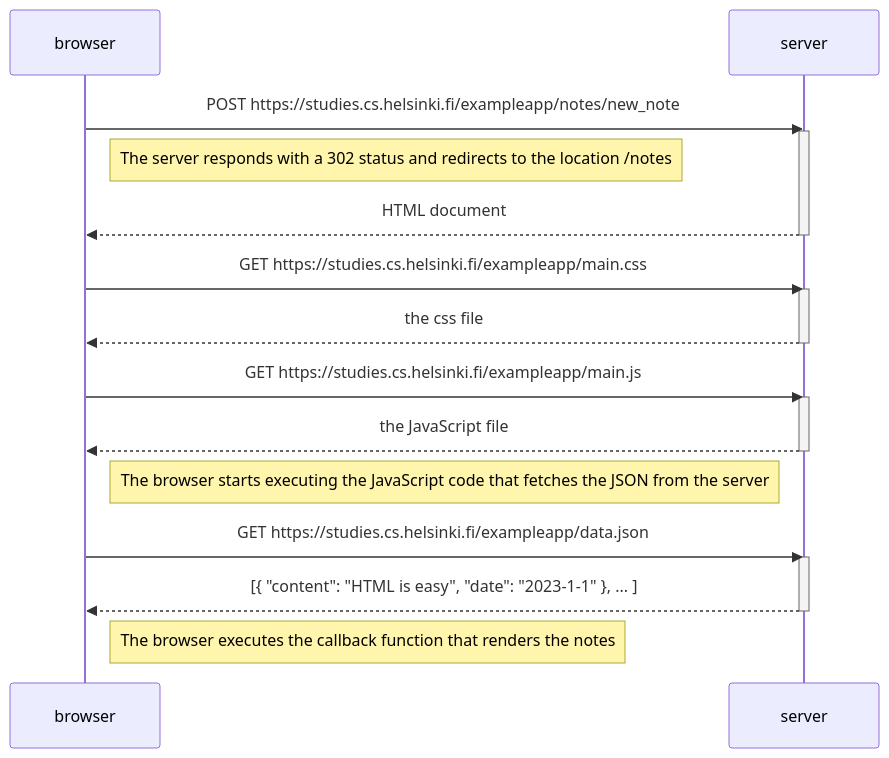
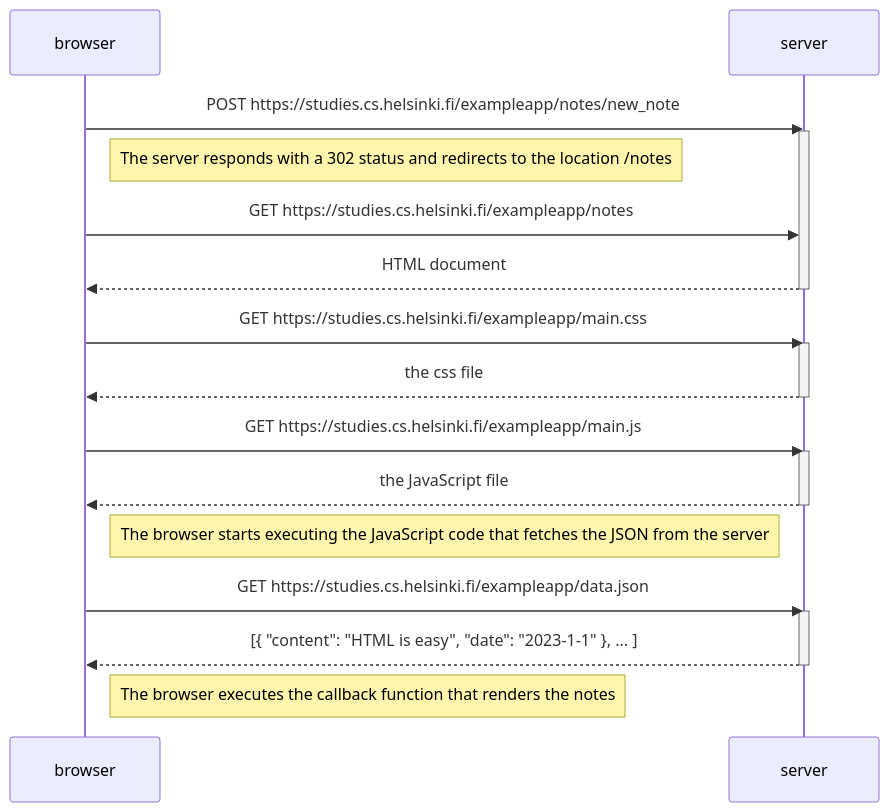
One commit to jn-helsinki/part0 changed the diagram in new_note.md. Above: the diagram before and after it, drawn with Mermaid.

Commit message:
Added Get request

````diff
--- a/new_note.md
+++ b/new_note.md
@@ -1,30 +1,31 @@
 ```mermaid
 sequenceDiagram
     participant browser
     participant server
 
     browser->>server: POST https://studies.cs.helsinki.fi/exampleapp/notes/new_note
     activate server
     Note right of browser: The server responds with a 302 status and redirects to the location /notes
+    browser->>server: GET https://studies.cs.helsinki.fi/exampleapp/notes
     server-->>browser: HTML document
     deactivate server
 
     browser->>server: GET https://studies.cs.helsinki.fi/exampleapp/main.css
     activate server
     server-->>browser: the css file
     deactivate server
 
     browser->>server: GET https://studies.cs.helsinki.fi/exampleapp/main.js
     activate server
     server-->>browser: the JavaScript file
     deactivate server
 
     Note right of browser: The browser starts executing the JavaScript code that fetches the JSON from the server
 
     browser->>server: GET https://studies.cs.helsinki.fi/exampleapp/data.json
     activate server
     server-->>browser: [{ "content": "HTML is easy", "date": "2023-1-1" }, ... ]
     deactivate server
 
     Note right of browser: The browser executes the callback function that renders the notes
 ```
````
